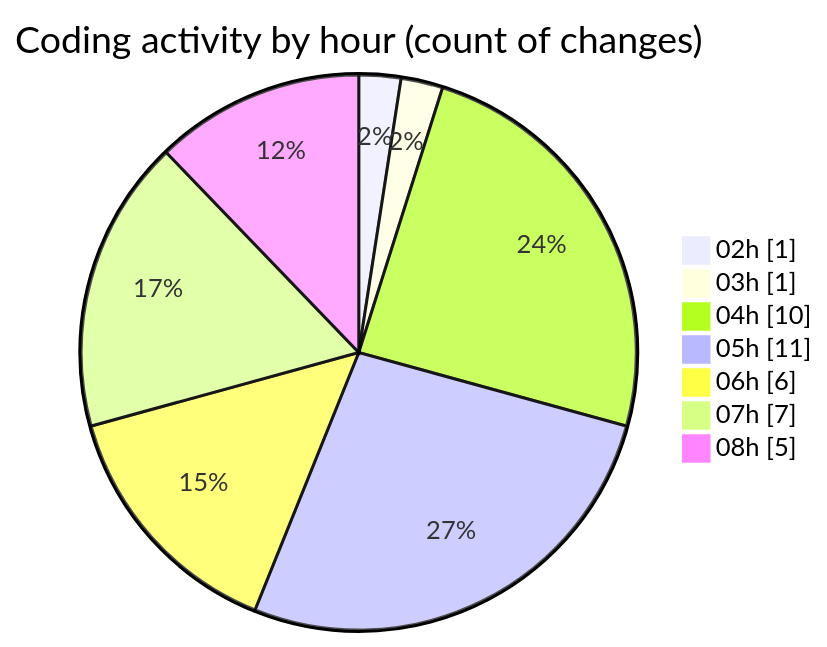
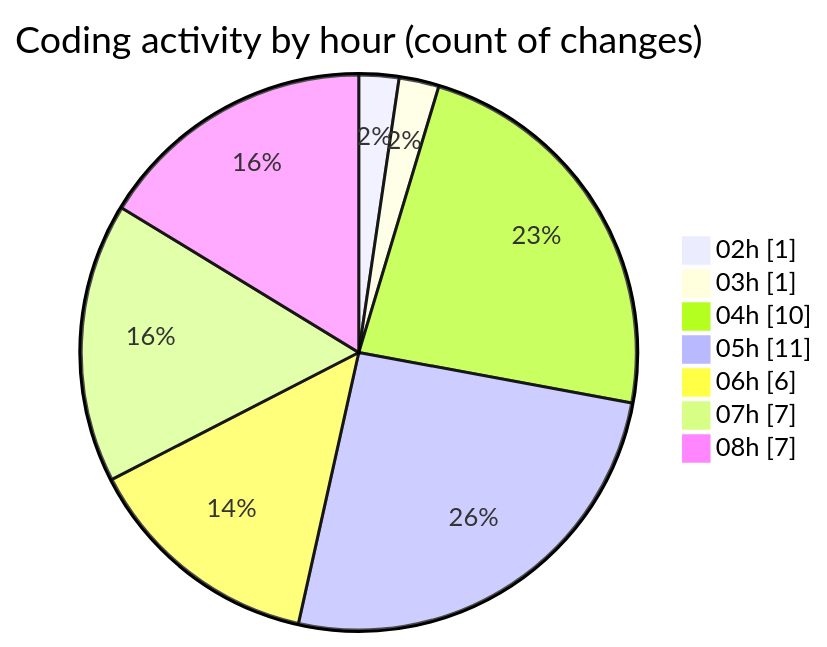
One commit to julien-gomy/code-tracking changed the second of 2 diagrams in 2025-10-31/cdp_aleoudev_fr__workspace_/README.md. Above: the diagram before and after it, drawn with Mermaid. The commit also changed other lines of this file and 1 other file, not shown here.

````diff
--- a/2025-10-31/cdp_aleoudev_fr__workspace_/README.md
+++ b/2025-10-31/cdp_aleoudev_fr__workspace_/README.md
@@ -29,11 +29,11 @@
 ```mermaid
 pie showData
 title Coding activity by hour (count of changes)
 "02h" : 1
 "03h" : 1
 "04h" : 10
 "05h" : 11
 "06h" : 6
 "07h" : 7
-"08h" : 5
+"08h" : 7
 ```
````
